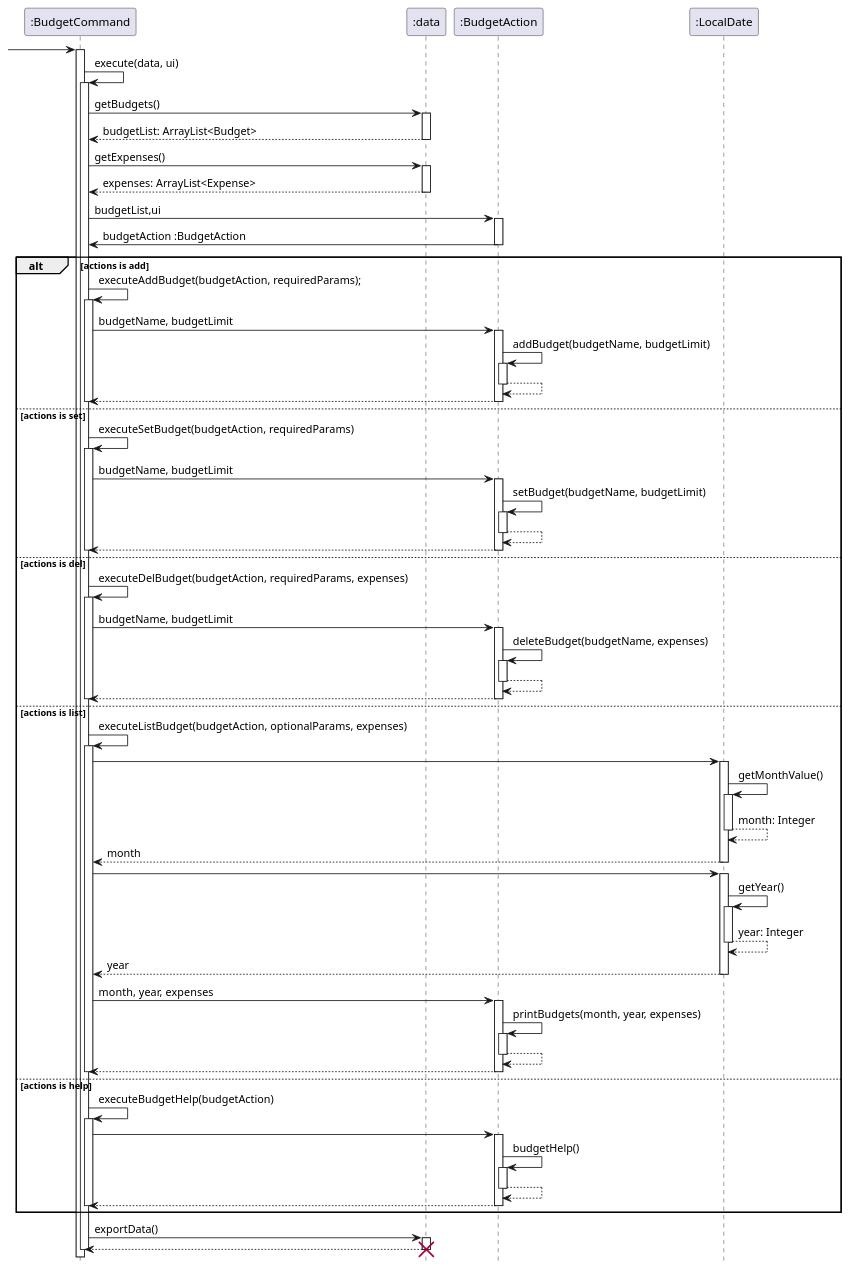
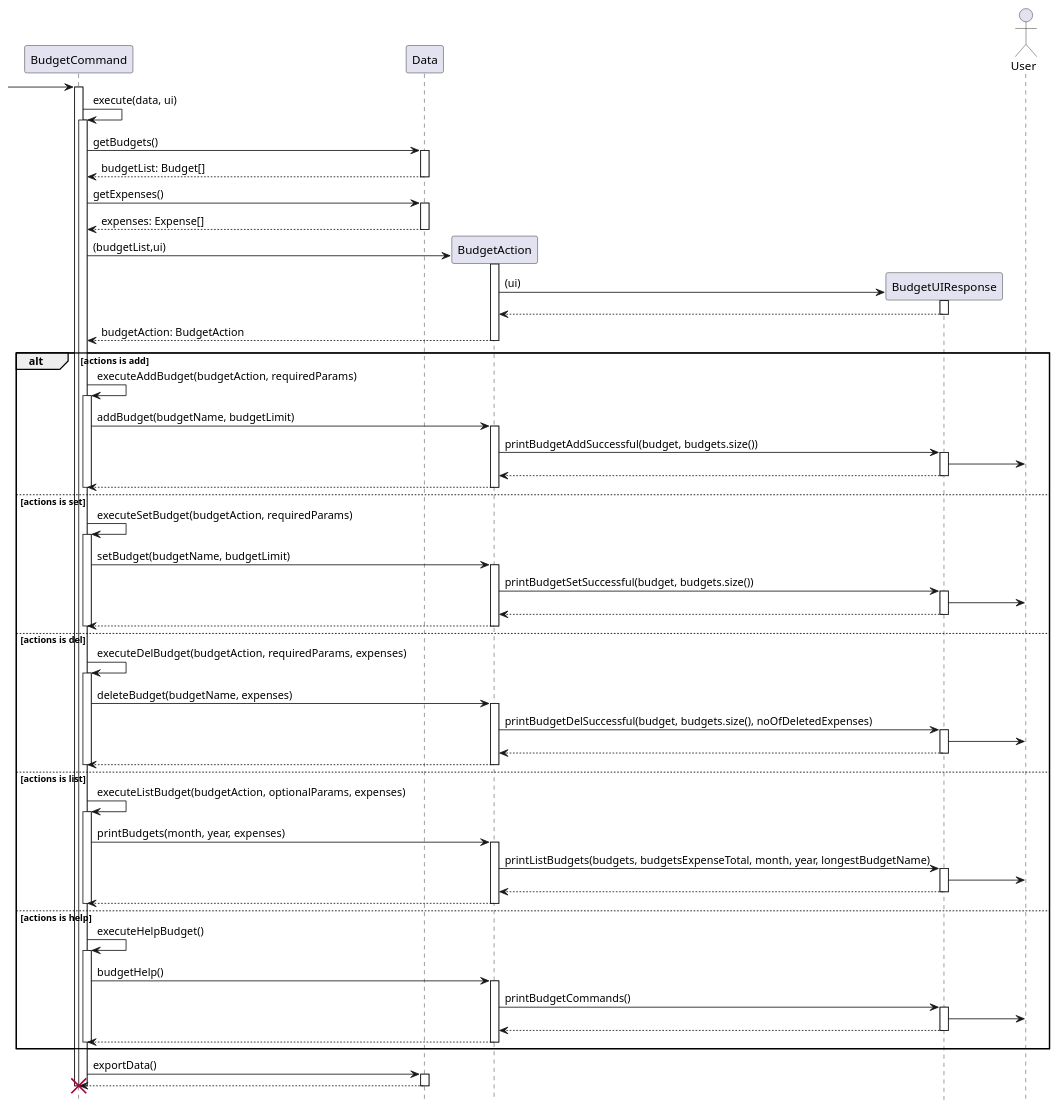
Before and after one commit to stephenkyang/tp: the diagram in docs/diagrams/BudgetCommandSequence.puml, drawn with PlantUML. The commit also changed 1 other file, not shown here.

Commit message:
Update Main and Budget Sequence

```diff
--- a/docs/diagrams/BudgetCommandSequence.puml
+++ b/docs/diagrams/BudgetCommandSequence.puml
@@ -1,118 +1,112 @@
 @startuml
 
 hide footbox
 
- -> ":BudgetCommand":
+participant BudgetCommand
+participant Data
+participant BudgetAction
+participant BudgetUIResponse
+actor User
 
-activate ":BudgetCommand"
-":BudgetCommand" -> ":BudgetCommand": execute(data, ui)
-activate  ":BudgetCommand"
-":BudgetCommand" -> ":data": getBudgets()
-activate ":data"
-return budgetList: ArrayList<Budget>
-deactivate ":data"
+ -> "BudgetCommand":
+
+activate "BudgetCommand"
+"BudgetCommand" -> "BudgetCommand": execute(data, ui)
+activate  "BudgetCommand"
+"BudgetCommand" -> "Data": getBudgets()
+activate "Data"
+return budgetList: Budget[]
+deactivate "Data"
 
 
+"BudgetCommand" -> "Data": getExpenses()
+activate "Data"
+return expenses: Expense[]
 
-":BudgetCommand" -> ":data": getExpenses()
-activate ":data"
-return expenses: ArrayList<Expense>
+"BudgetCommand" -> "BudgetAction" ** : (budgetList,ui)
+activate "BudgetAction"
 
-":BudgetCommand" -> ":BudgetAction" : budgetList,ui
-activate ":BudgetAction"
-":BudgetAction" -> ":BudgetCommand" : budgetAction :BudgetAction
-deactivate ":BudgetAction"
+"BudgetAction" -> "BudgetUIResponse" ** : (ui)
+activate "BudgetUIResponse"
+"BudgetUIResponse" --> "BudgetAction"
+deactivate "BudgetUIResponse"
+
+return budgetAction: BudgetAction
+deactivate "BudgetAction"
 
 
 alt actions is add
-":BudgetCommand" -> ":BudgetCommand": executeAddBudget(budgetAction, requiredParams);
-activate ":BudgetCommand"
-":BudgetCommand" -> ":BudgetAction" : budgetName, budgetLimit
-activate ":BudgetAction"
-":BudgetAction" -> ":BudgetAction" : addBudget(budgetName, budgetLimit)
-activate ":BudgetAction"
-
+"BudgetCommand" -> "BudgetCommand": executeAddBudget(budgetAction, requiredParams)
+activate "BudgetCommand"
+"BudgetCommand" -> "BudgetAction" : addBudget(budgetName, budgetLimit)
+activate "BudgetAction"
+"BudgetAction" -> "BudgetUIResponse" : printBudgetAddSuccessful(budget, budgets.size())
+activate "BudgetUIResponse"
+"BudgetUIResponse" -> User
 return
 return
 
-deactivate ":BudgetCommand"
+deactivate "BudgetCommand"
 
 else actions is set
-
-":BudgetCommand" -> ":BudgetCommand": executeSetBudget(budgetAction, requiredParams)
-activate ":BudgetCommand"
-":BudgetCommand" -> ":BudgetAction" : budgetName, budgetLimit
-activate ":BudgetAction"
-":BudgetAction" -> ":BudgetAction" : setBudget(budgetName, budgetLimit)
-activate ":BudgetAction"
-
+"BudgetCommand" -> "BudgetCommand": executeSetBudget(budgetAction, requiredParams)
+activate "BudgetCommand"
+"BudgetCommand" -> "BudgetAction" : setBudget(budgetName, budgetLimit)
+activate "BudgetAction"
+"BudgetAction" -> "BudgetUIResponse" : printBudgetSetSuccessful(budget, budgets.size())
+activate "BudgetUIResponse"
+"BudgetUIResponse" -> User
 return
 return
 
-
-
-deactivate ":BudgetCommand"
+deactivate "BudgetCommand"
 
 else actions is del
-":BudgetCommand" -> ":BudgetCommand": executeDelBudget(budgetAction, requiredParams, expenses)
-activate ":BudgetCommand"
-":BudgetCommand" -> ":BudgetAction" : budgetName, budgetLimit
-activate ":BudgetAction"
-":BudgetAction" -> ":BudgetAction" : deleteBudget(budgetName, expenses)
-activate ":BudgetAction"
+"BudgetCommand" -> "BudgetCommand": executeDelBudget(budgetAction, requiredParams, expenses)
+activate "BudgetCommand"
+"BudgetCommand" -> "BudgetAction" : deleteBudget(budgetName, expenses)
+activate "BudgetAction"
+"BudgetAction" -> "BudgetUIResponse" : printBudgetDelSuccessful(budget, budgets.size(), noOfDeletedExpenses)
+activate "BudgetUIResponse"
+"BudgetUIResponse" -> User
 return
 return
 
-deactivate ":BudgetCommand"
+deactivate "BudgetCommand"
 
 else actions is list
-":BudgetCommand" -> ":BudgetCommand": executeListBudget(budgetAction, optionalParams, expenses)
-activate ":BudgetCommand"
-
-":BudgetCommand" -> ":LocalDate":
-activate ":LocalDate"
-":LocalDate" -> ":LocalDate": getMonthValue()
-activate ":LocalDate"
-return month: Integer
-return month
-
-
-":BudgetCommand" -> ":LocalDate":
-activate ":LocalDate"
-":LocalDate" -> ":LocalDate": getYear()
-activate ":LocalDate"
-return year: Integer
-return year
-
-":BudgetCommand" -> ":BudgetAction" : month, year, expenses
-activate ":BudgetAction"
-":BudgetAction" -> ":BudgetAction" : printBudgets(month, year, expenses)
-activate ":BudgetAction"
+"BudgetCommand" -> "BudgetCommand": executeListBudget(budgetAction, optionalParams, expenses)
+activate "BudgetCommand"
+"BudgetCommand" -> "BudgetAction" : printBudgets(month, year, expenses)
+activate "BudgetAction"
+"BudgetAction" -> "BudgetUIResponse" : printListBudgets(budgets, budgetsExpenseTotal, month, year, longestBudgetName)
+activate "BudgetUIResponse"
+"BudgetUIResponse" -> User
 return
 return
 
-deactivate ":BudgetCommand"
+deactivate "BudgetCommand"
 
 else actions is help
-":BudgetCommand" -> ":BudgetCommand": executeBudgetHelp(budgetAction)
-activate ":BudgetCommand"
-":BudgetCommand" -> ":BudgetAction"
-activate ":BudgetAction"
-":BudgetAction" -> ":BudgetAction" : budgetHelp()
-activate ":BudgetAction"
+"BudgetCommand" -> "BudgetCommand": executeHelpBudget()
+activate "BudgetCommand"
+"BudgetCommand" -> "BudgetAction" : budgetHelp()
+activate "BudgetAction"
+"BudgetAction" -> "BudgetUIResponse" : printBudgetCommands()
+activate "BudgetUIResponse"
+"BudgetUIResponse" -> User
 return
 return
 
-deactivate ":BudgetCommand"
+deactivate "BudgetCommand"
 end
 
-":BudgetCommand" -> ":data": exportData()
-activate ":data"
+"BudgetCommand" -> "Data": exportData()
+activate "Data"
 return
-deactivate ":data"
-destroy ":data"
+deactivate "Data"
 
-deactivate ":data"
-deactivate ":BudgetCommand"
+destroy "BudgetCommand"
+deactivate "BudgetCommand"
 
 @enduml
```
